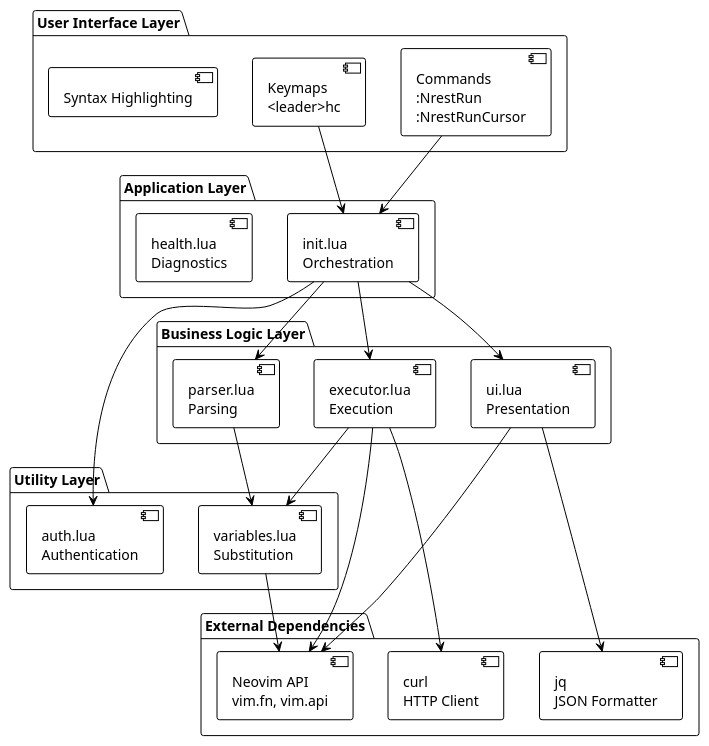
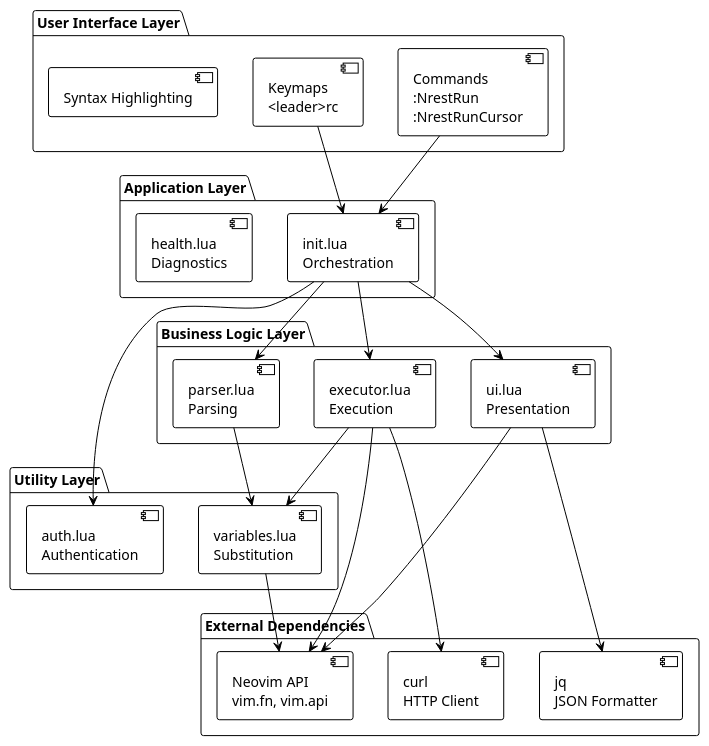
One commit to Xxax/nrest.nvim changed the seventh of 17 diagrams in ARCHITECTURE.adoc. Above: the diagram before and after it, drawn with PlantUML. The commit also changed other lines of this file and 13 other files, not shown here.

```diff
--- a/ARCHITECTURE.adoc
+++ b/ARCHITECTURE.adoc
@@ -606,52 +606,52 @@
 [plantuml, layer-architecture, svg]
 ----
 @startuml
 !theme plain
 
 package "User Interface Layer" {
   [Commands\n:NrestRun\n:NrestRunCursor]
-  [Keymaps\n<leader>hc]
+  [Keymaps\n<leader>rc]
   [Syntax Highlighting]
 }
 
 package "Application Layer" {
   [init.lua\nOrchestration]
   [health.lua\nDiagnostics]
 }
 
 package "Business Logic Layer" {
   [parser.lua\nParsing]
   [executor.lua\nExecution]
   [ui.lua\nPresentation]
 }
 
 package "Utility Layer" {
   [variables.lua\nSubstitution]
   [auth.lua\nAuthentication]
 }
 
 package "External Dependencies" {
   [Neovim API\nvim.fn, vim.api]
   [curl\nHTTP Client]
   [jq\nJSON Formatter]
 }
 
 [Commands\n:NrestRun\n:NrestRunCursor] --> [init.lua\nOrchestration]
-[Keymaps\n<leader>hc] --> [init.lua\nOrchestration]
+[Keymaps\n<leader>rc] --> [init.lua\nOrchestration]
 
 [init.lua\nOrchestration] --> [parser.lua\nParsing]
 [init.lua\nOrchestration] --> [executor.lua\nExecution]
 [init.lua\nOrchestration] --> [ui.lua\nPresentation]
 
 [parser.lua\nParsing] --> [variables.lua\nSubstitution]
 [executor.lua\nExecution] --> [variables.lua\nSubstitution]
 [init.lua\nOrchestration] --> [auth.lua\nAuthentication]
 
 [executor.lua\nExecution] --> [Neovim API\nvim.fn, vim.api]
 [executor.lua\nExecution] --> [curl\nHTTP Client]
 [ui.lua\nPresentation] --> [Neovim API\nvim.fn, vim.api]
 [ui.lua\nPresentation] --> [jq\nJSON Formatter]
 [variables.lua\nSubstitution] --> [Neovim API\nvim.fn, vim.api]
 
 @enduml
 ----
```
